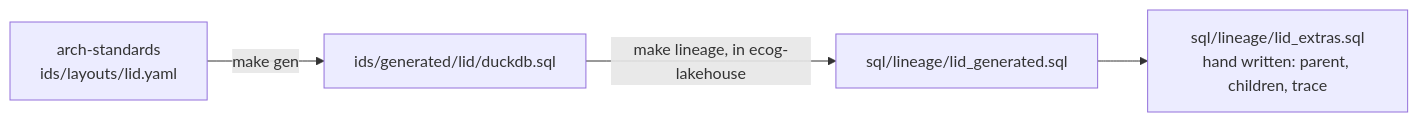
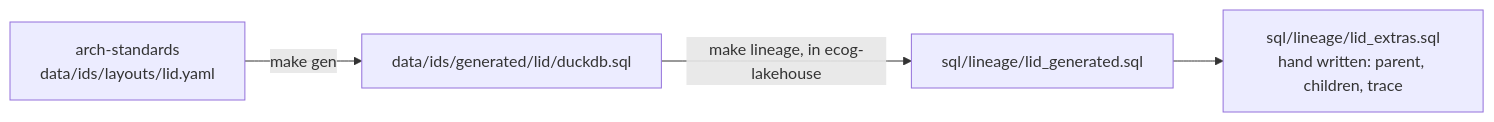
The second of 2 diagrams in docs/manual.md (MrBisonte/ecog-lakehouse), drawn with Mermaid before and after one commit. The commit also changed 3 other files, not shown here.

Commit message:
fix: arch-standards paths moved under data/

````diff
--- a/docs/manual.md
+++ b/docs/manual.md
@@ -137,6 +137,6 @@
 ```mermaid
 flowchart LR
-  Y[arch-standards<br>ids/layouts/lid.yaml] -->|make gen| D[ids/generated/lid/duckdb.sql]
+  Y[arch-standards<br>data/ids/layouts/lid.yaml] -->|make gen| D[data/ids/generated/lid/duckdb.sql]
   D -->|make lineage, in ecog-lakehouse| L[sql/lineage/lid_generated.sql]
   L --> X[sql/lineage/lid_extras.sql<br>hand written: parent, children, trace]
 ```
````
